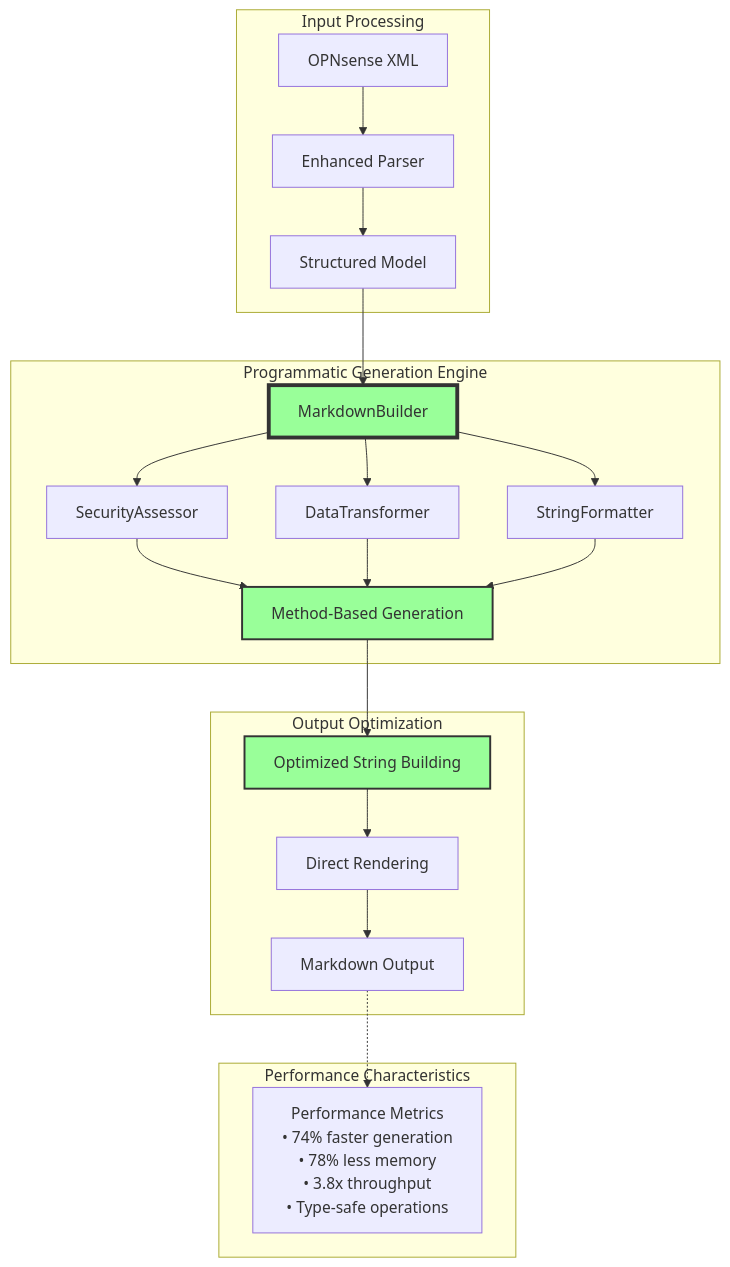
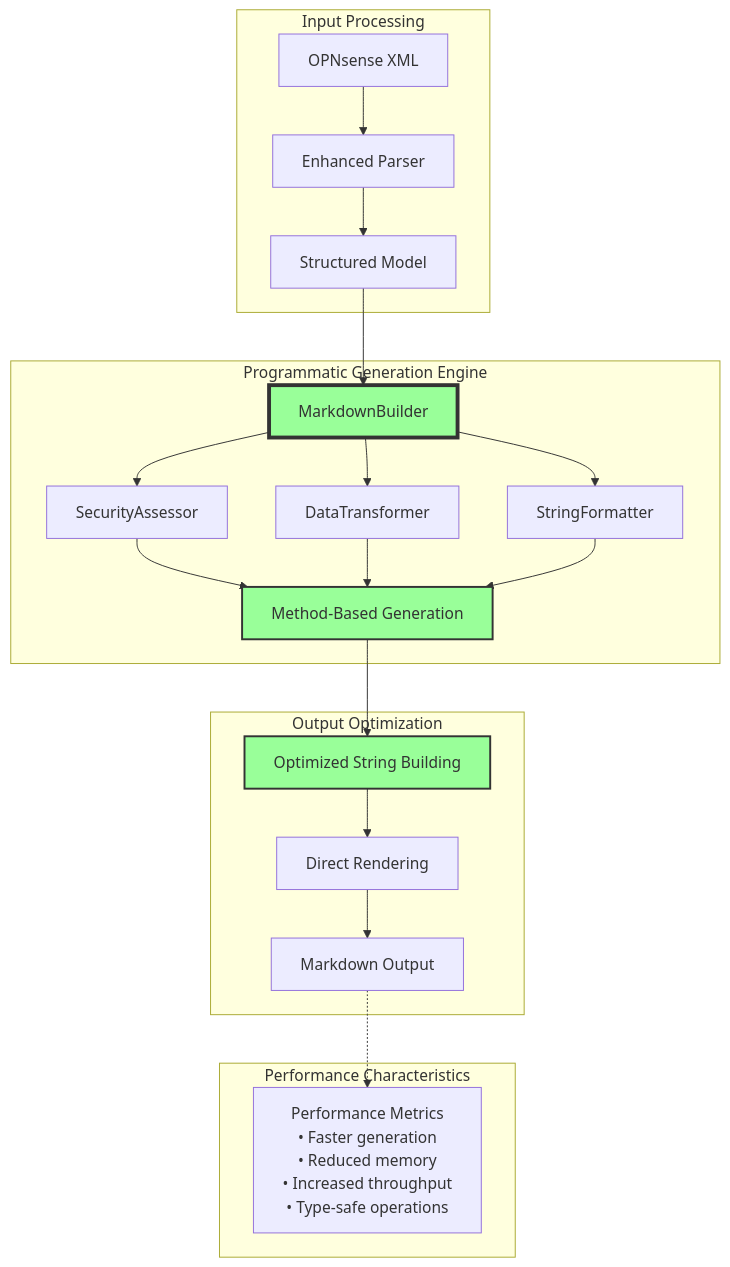
Before and after one commit to EvilBit-Labs/opnDossier: the seventh of 11 diagrams in docs/development/architecture.md, drawn with Mermaid. The commit also changed other lines of this file and 39 other files, not shown here.

````diff
--- a/docs/development/architecture.md
+++ b/docs/development/architecture.md
@@ -350,34 +354,34 @@
 ```mermaid
 graph TD
     subgraph "Input Processing"
         XML[OPNsense XML] --> Parser[Enhanced Parser]
         Parser --> Model[Structured Model]
     end
 
     subgraph "Programmatic Generation Engine"
         Model --> Builder[MarkdownBuilder]
         Builder --> Security[SecurityAssessor]
         Builder --> Transform[DataTransformer]
         Builder --> Format[StringFormatter]
 
         Security --> Methods[Method-Based Generation]
         Transform --> Methods
         Format --> Methods
     end
 
     subgraph "Output Optimization"
         Methods --> StringBuild[Optimized String Building]
         StringBuild --> Render[Direct Rendering]
         Render --> Output[Markdown Output]
     end
 
     subgraph "Performance Characteristics"
-        Metrics[Performance Metrics<br/>• 74% faster generation<br/>• 78% less memory<br/>• 3.8x throughput<br/>• Type-safe operations]
+        Metrics[Performance Metrics<br/>• Faster generation<br/>• Reduced memory<br/>• Increased throughput<br/>• Type-safe operations]
     end
 
     Output -.-> Metrics
 
     style Builder fill:#99ff99,stroke:#333,stroke-width:4px
     style Methods fill:#99ff99,stroke:#333,stroke-width:2px
     style StringBuild fill:#99ff99,stroke:#333,stroke-width:2px
 ```
````
